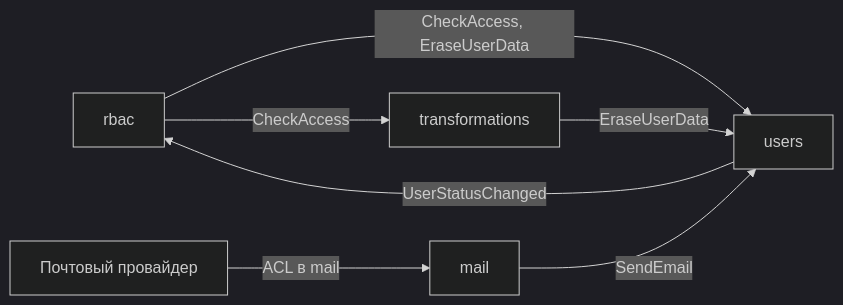
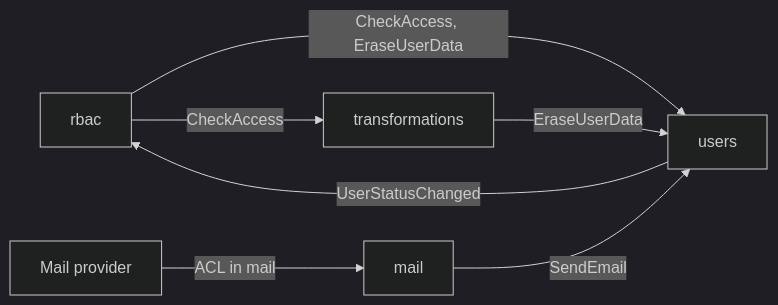
One commit to pavel-skripko-innowise/inno-fe-be-a1 changed the first of 4 diagrams in courses-content/backend/B/1/en/0.1 Декомпозиция на микросервисы.md. Above: the diagram before and after it, drawn with Mermaid (dark theme). The commit also changed other lines of this file and 35 other files, not shown here.

````diff
--- a/courses-content/backend/B/1/en/0.1 Декомпозиция на микросервисы.md
+++ b/courses-content/backend/B/1/en/0.1 Декомпозиция на микросервисы.md
@@ -67,9 +67,9 @@
 ```mermaid
 flowchart LR
   Rbac[rbac] -->|"CheckAccess, EraseUserData"| Users[users]
   Rbac -->|CheckAccess| Transform[transformations]
   Transform -->|EraseUserData| Users
   Users -->|UserStatusChanged| Rbac
   Mail[mail] -->|SendEmail| Users
-  Provider[Почтовый провайдер] -->|ACL в mail| Mail
+  Provider[Mail provider] -->|ACL in mail| Mail
 ```
````
